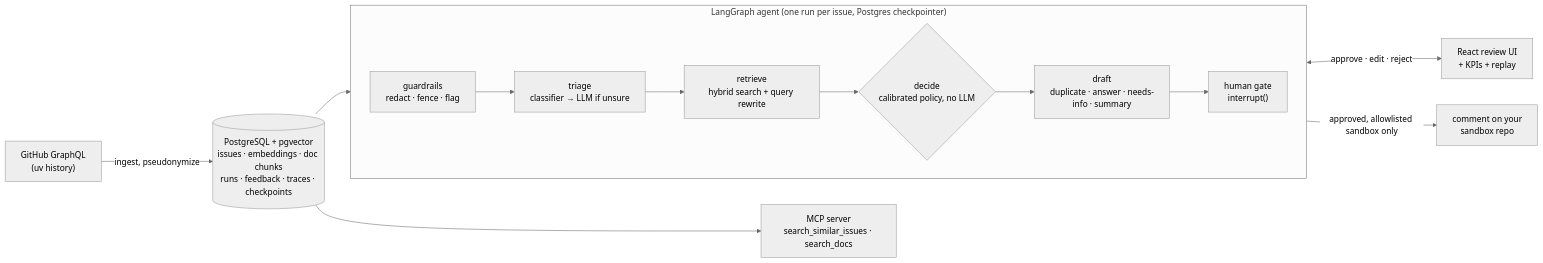
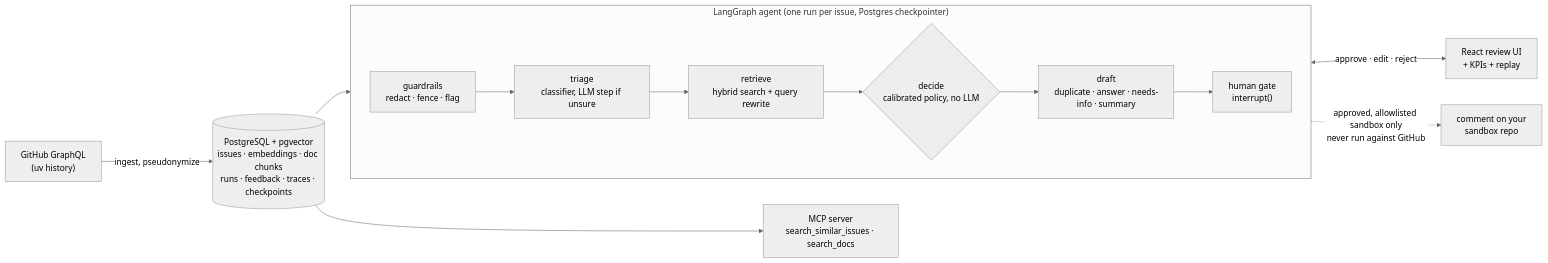
One commit to maideps/ai-issue-triage changed the diagram in README.md. Above: the diagram before and after it, drawn with Mermaid (neutral theme). The commit also changed other lines of this file, not shown here.

````diff
--- a/README.md
+++ b/README.md
@@ -47,16 +76,16 @@
 ```mermaid
 flowchart LR
   gh["GitHub GraphQL<br/>(uv history)"] -->|ingest, pseudonymize| store[("PostgreSQL + pgvector<br/>issues · embeddings · doc chunks<br/>runs · feedback · traces · checkpoints")]
   subgraph agent["LangGraph agent (one run per issue, Postgres checkpointer)"]
     direction LR
-    guard["guardrails<br/>redact · fence · flag"] --> triage["triage<br/>classifier → LLM if unsure"]
+    guard["guardrails<br/>redact · fence · flag"] --> triage["triage<br/>classifier, LLM step if unsure"]
     triage --> retrieve["retrieve<br/>hybrid search + query rewrite"]
     retrieve --> decide{"decide<br/>calibrated policy, no LLM"}
     decide --> draft["draft<br/>duplicate · answer · needs-info · summary"]
     draft --> gate["human gate<br/>interrupt()"]
   end
   store --> agent
   gate <-->|approve · edit · reject| ui["React review UI<br/>+ KPIs + replay"]
-  gate -->|approved, allowlisted sandbox only| post["comment on your<br/>sandbox repo"]
+  gate -.->|approved, allowlisted sandbox only<br/>never run against GitHub| post["comment on your<br/>sandbox repo"]
   store --> mcp["MCP server<br/>search_similar_issues · search_docs"]
 ```
````
